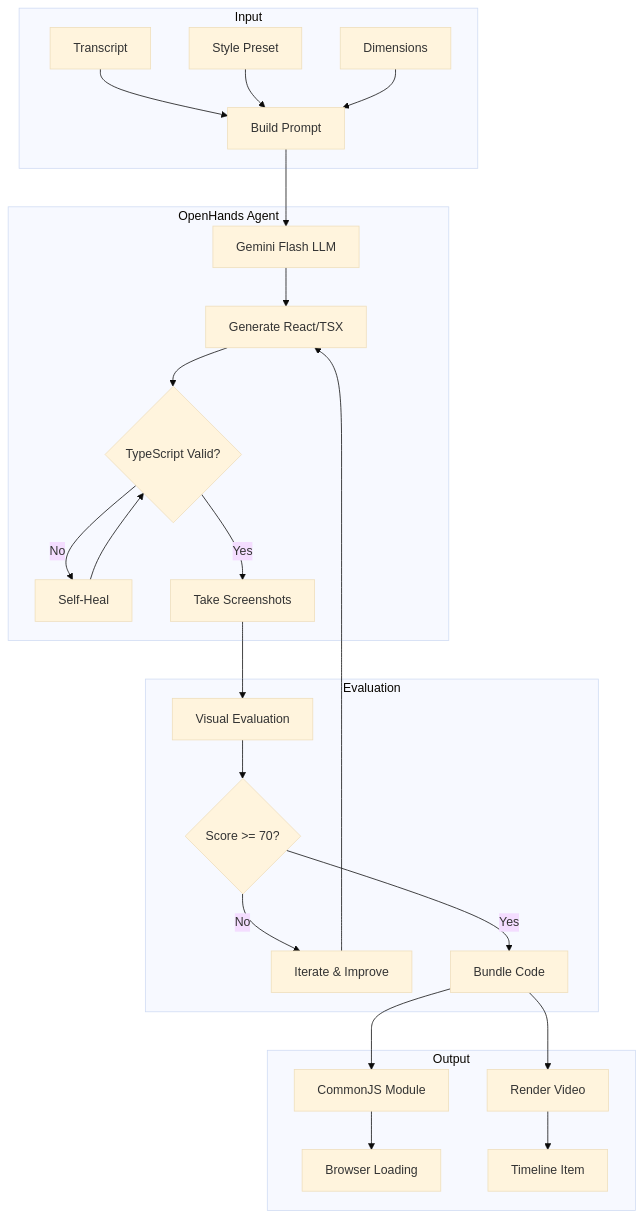
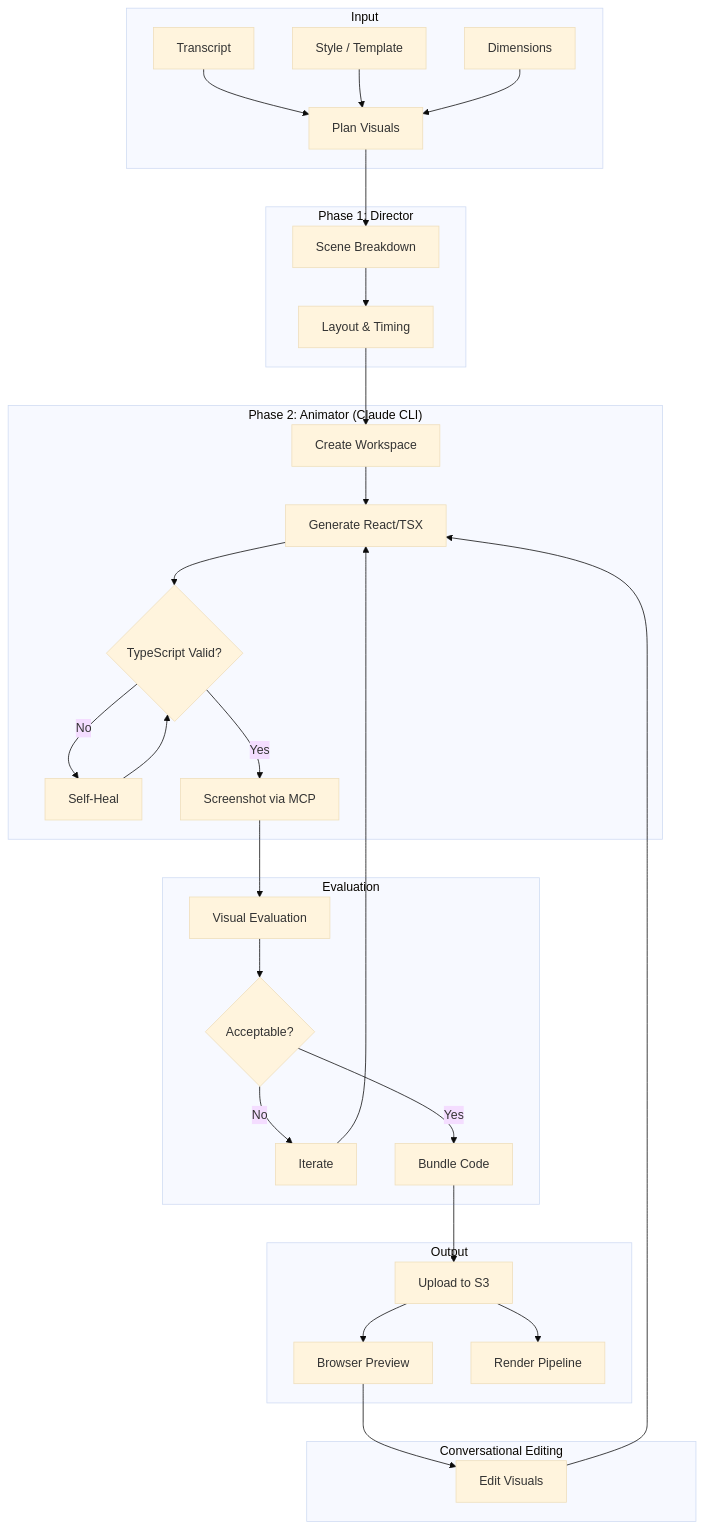
The fourth of 8 diagrams in README.md (rhythmshandlya/viona), drawn with Mermaid (base theme) before and after one commit. The commit also changed other lines of this file and 22 other files, not shown here.

First line of the commit message:
docs: update all documentation to reflect current Viona architecture

````diff
--- a/README.md
+++ b/README.md
@@ -255,32 +291,41 @@
 ```mermaid
 flowchart TB
     subgraph Input
-        T[Transcript] --> P[Build Prompt]
-        S[Style Preset] --> P
-        D[Dimensions] --> P
+        T[Transcript] --> PLAN
+        S[Style / Template] --> PLAN
+        D[Dimensions] --> PLAN
     end
 
-    subgraph Generation ["OpenHands Agent"]
-        P --> LLM[Gemini Flash LLM]
-        LLM --> CODE[Generate React/TSX]
+    subgraph Planning ["Phase 1: Director"]
+        PLAN[Plan Visuals] --> SCENES[Scene Breakdown]
+        SCENES --> LAYOUT[Layout & Timing]
+    end
+
+    subgraph Generation ["Phase 2: Animator (Claude CLI)"]
+        LAYOUT --> WORKSPACE[Create Workspace]
+        WORKSPACE --> CODE[Generate React/TSX]
         CODE --> VAL{TypeScript Valid?}
         VAL -->|No| FIX[Self-Heal]
         FIX --> VAL
-        VAL -->|Yes| SCREEN[Take Screenshots]
+        VAL -->|Yes| SCREEN[Screenshot via MCP]
     end
 
     subgraph Evaluation
         SCREEN --> EVAL[Visual Evaluation]
-        EVAL --> SCORE{Score >= 70?}
-        SCORE -->|No| IMPROVE[Iterate & Improve]
+        EVAL --> SCORE{Acceptable?}
+        SCORE -->|No| IMPROVE[Iterate]
         IMPROVE --> CODE
         SCORE -->|Yes| BUNDLE[Bundle Code]
     end
 
     subgraph Output
-        BUNDLE --> CJS[CommonJS Module]
-        BUNDLE --> MP4[Render Video]
-        CJS --> BROWSER[Browser Loading]
-        MP4 --> TIMELINE[Timeline Item]
+        BUNDLE --> S3[Upload to S3]
+        S3 --> BROWSER[Browser Preview]
+        S3 --> RENDER[Render Pipeline]
+    end
+
+    subgraph Editing ["Conversational Editing"]
+        BROWSER --> EDIT[Edit Visuals]
+        EDIT --> CODE
     end
 ```
````
